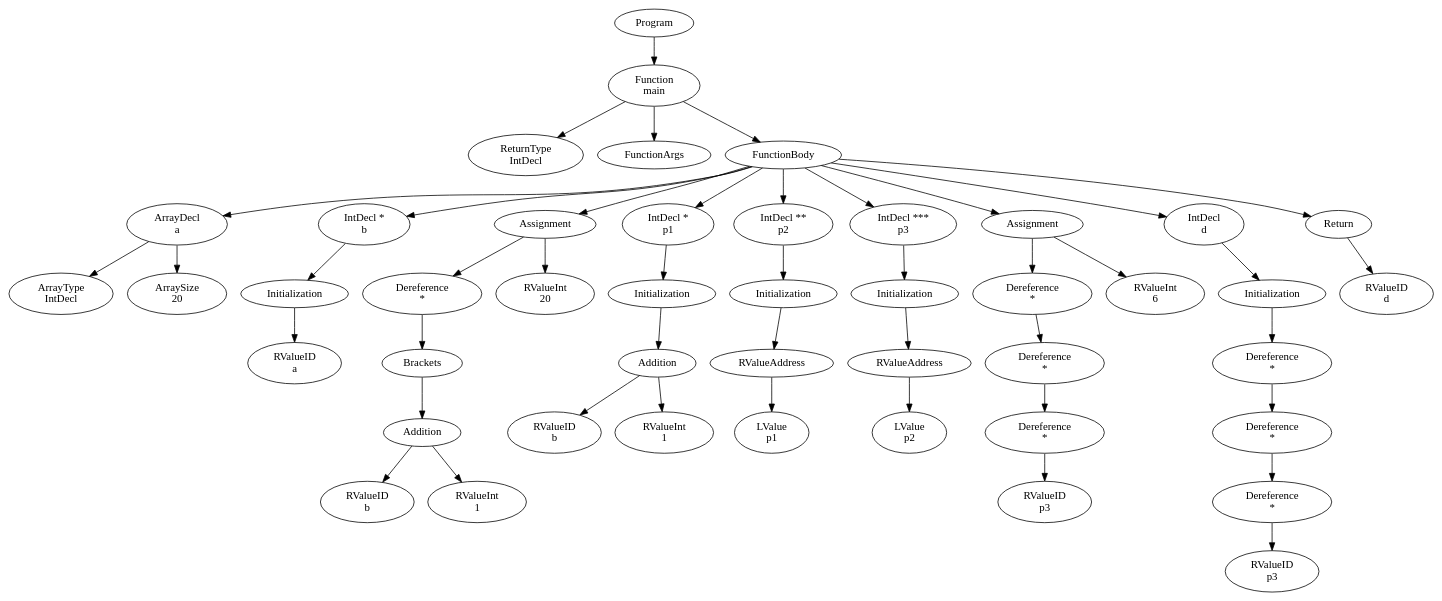
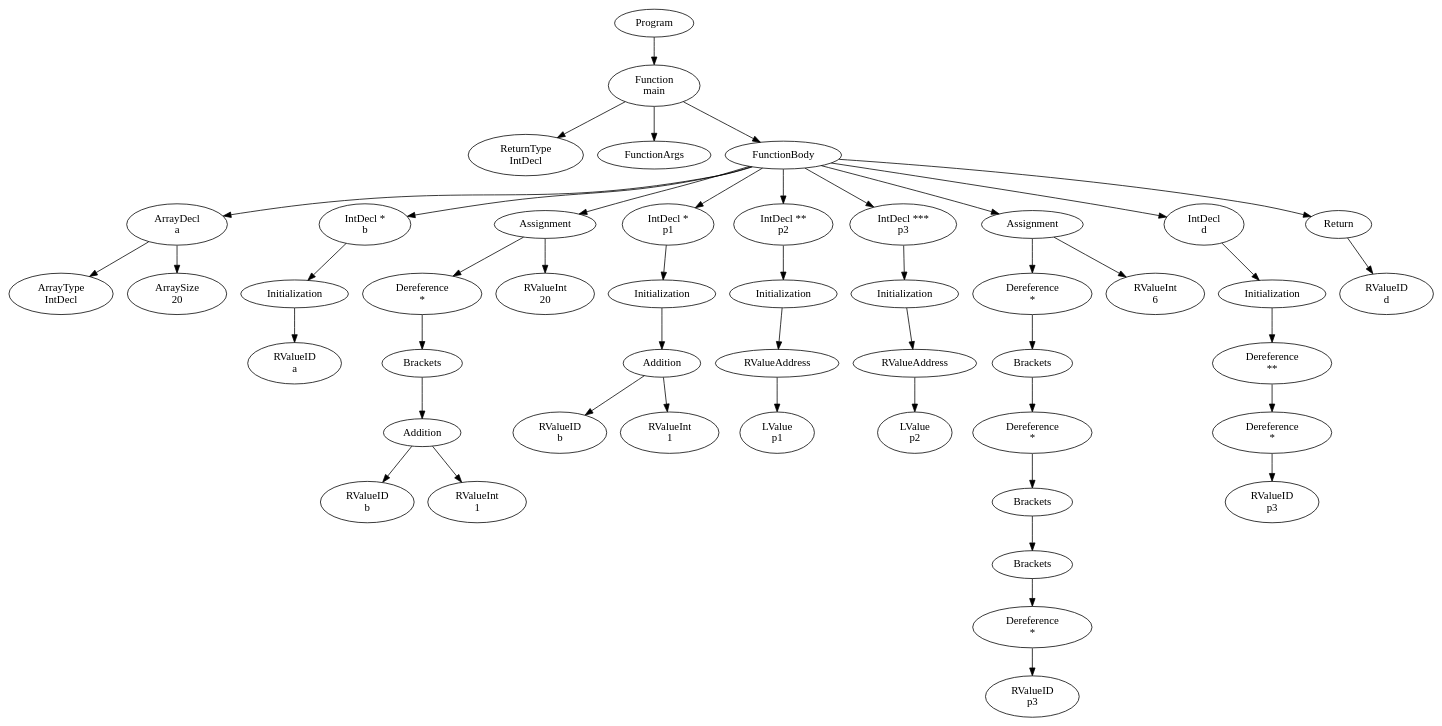
One commit to FedericoQuin/Compilers changed the diagram in official/res/solutions/dereference1.dot. Above: the diagram before and after it, drawn with Graphviz. The commit also changed 14 other files, not shown here.

```diff
--- a/official/res/solutions/dereference1.dot
+++ b/official/res/solutions/dereference1.dot
@@ -1,91 +1,95 @@
 digraph AST {
 1 [label="Program"];
 2 [label="Function \nmain"];
 3 [label="ReturnType \nIntDecl"];
 4 [label="FunctionArgs"];
 5 [label="FunctionBody"];
 6 [label="ArrayDecl \na"];
 7 [label="ArrayType \nIntDecl"];
 8 [label="ArraySize \n20"];
 6 -> 7;
 6 -> 8;
 9 [label="IntDecl * \nb"];
 10 [label="Initialization"];
 11 [label="RValueID \na"];
 10 -> 11;
 9 -> 10;
 12 [label="Assignment"];
 13 [label="Dereference \n*"];
 14 [label="Brackets"];
 15 [label="Addition"];
 16 [label="RValueID \nb"];
 17 [label="RValueInt \n1"];
 15 -> 16;
 15 -> 17;
 14 -> 15;
 13 -> 14;
 18 [label="RValueInt \n20"];
 12 -> 13;
 12 -> 18;
 19 [label="IntDecl * \np1"];
 20 [label="Initialization"];
 21 [label="Addition"];
 22 [label="RValueID \nb"];
 23 [label="RValueInt \n1"];
 21 -> 22;
 21 -> 23;
 20 -> 21;
 19 -> 20;
 24 [label="IntDecl ** \np2"];
 25 [label="Initialization"];
 26 [label="RValueAddress"];
 27 [label="LValue \np1"];
 26 -> 27;
 25 -> 26;
 24 -> 25;
 28 [label="IntDecl *** \np3"];
 29 [label="Initialization"];
 30 [label="RValueAddress"];
 31 [label="LValue \np2"];
 30 -> 31;
 29 -> 30;
 28 -> 29;
 32 [label="Assignment"];
 33 [label="Dereference \n*"];
-34 [label="Dereference \n*"];
+34 [label="Brackets"];
 35 [label="Dereference \n*"];
-36 [label="RValueID \np3"];
+36 [label="Brackets"];
+37 [label="Brackets"];
+38 [label="Dereference \n*"];
+39 [label="RValueID \np3"];
+38 -> 39;
+37 -> 38;
+36 -> 37;
 35 -> 36;
 34 -> 35;
 33 -> 34;
-37 [label="RValueInt \n6"];
+40 [label="RValueInt \n6"];
 32 -> 33;
-32 -> 37;
-38 [label="IntDecl \nd"];
-39 [label="Initialization"];
-40 [label="Dereference \n*"];
-41 [label="Dereference \n*"];
-42 [label="Dereference \n*"];
-43 [label="RValueID \np3"];
+32 -> 40;
+41 [label="IntDecl \nd"];
+42 [label="Initialization"];
+43 [label="Dereference \n**"];
+44 [label="Dereference \n*"];
+45 [label="RValueID \np3"];
+44 -> 45;
+43 -> 44;
 42 -> 43;
 41 -> 42;
-40 -> 41;
-39 -> 40;
-38 -> 39;
-44 [label="Return"];
-45 [label="RValueID \nd"];
-44 -> 45;
+46 [label="Return"];
+47 [label="RValueID \nd"];
+46 -> 47;
 5 -> 6;
 5 -> 9;
 5 -> 12;
 5 -> 19;
 5 -> 24;
 5 -> 28;
 5 -> 32;
-5 -> 38;
-5 -> 44;
+5 -> 41;
+5 -> 46;
 2 -> 3;
 2 -> 4;
 2 -> 5;
 1 -> 2;
 }
```
